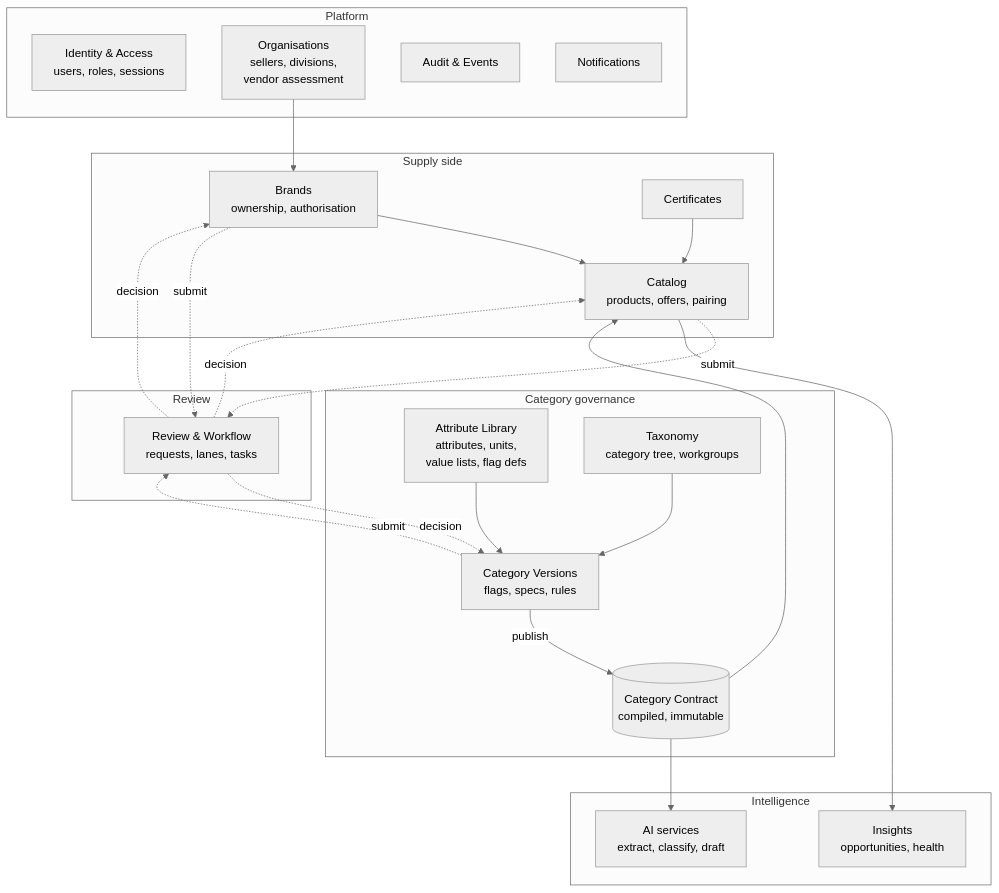
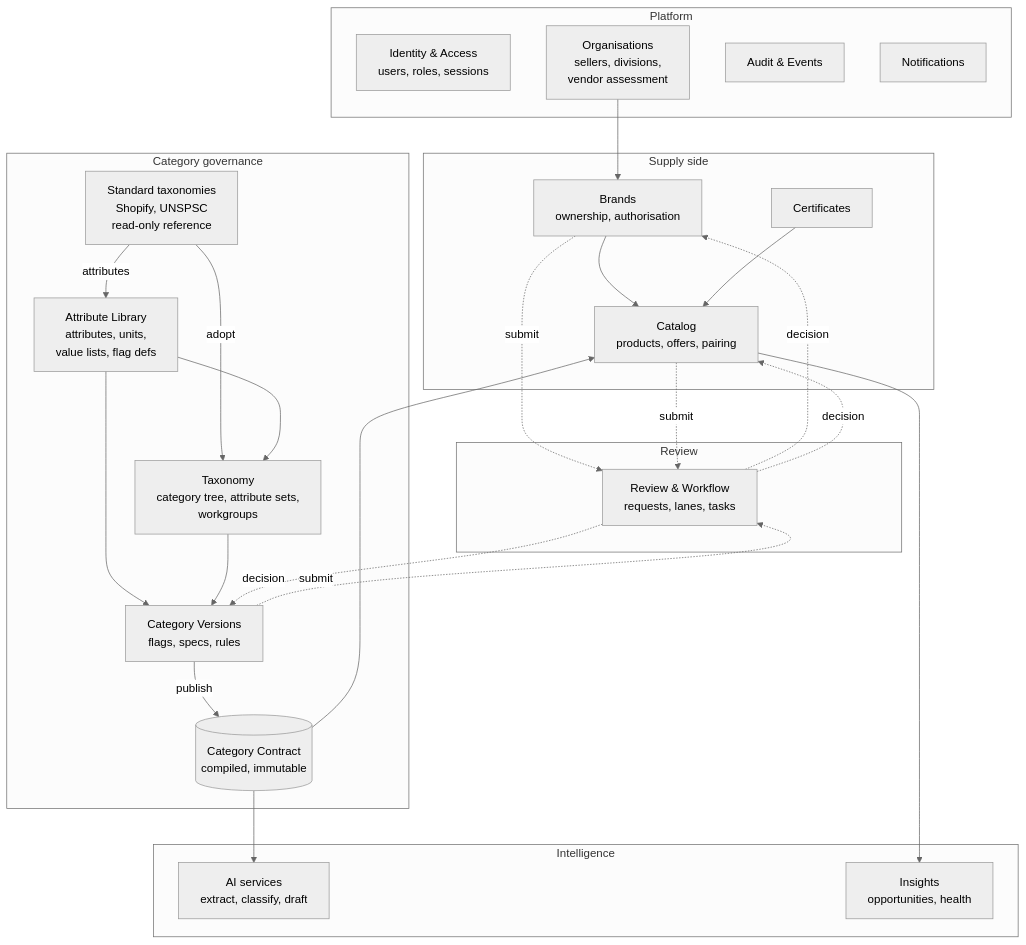
One commit to anuragsinghv25-lab/my-own-marketplace changed the first of 3 diagrams in docs/architecture/03-domain-model.md. Above: the diagram before and after it, drawn with Mermaid (neutral theme). The commit also changed other lines of this file and 88 other files, not shown here.

First line of the commit message:
R1.1: standard taxonomies (Shopify-style tree, Shopify and UNSPSC adoption)

````diff
--- a/docs/architecture/03-domain-model.md
+++ b/docs/architecture/03-domain-model.md
@@ -7,40 +7,44 @@
 ```mermaid
 flowchart TB
   subgraph Platform
     IAM[Identity & Access<br/>users, roles, sessions]
     ORG[Organisations<br/>sellers, divisions,<br/>vendor assessment]
     AUD[Audit & Events]
     NOTIF[Notifications]
   end
   subgraph Governance["Category governance"]
     LIB[Attribute Library<br/>attributes, units,<br/>value lists, flag defs]
-    TAX[Taxonomy<br/>category tree, workgroups]
+    STD[Standard taxonomies<br/>Shopify, UNSPSC<br/>read-only reference]
+    TAX[Taxonomy<br/>category tree, attribute sets,<br/>workgroups]
     CFG[Category Versions<br/>flags, specs, rules]
     CON[(Category Contract<br/>compiled, immutable)]
   end
   subgraph Supply["Supply side"]
     BR[Brands<br/>ownership, authorisation]
     CERT[Certificates]
     CAT[Catalog<br/>products, offers, pairing]
   end
   subgraph Review
     WF[Review & Workflow<br/>requests, lanes, tasks]
   end
   subgraph Intelligence
     AI[AI services<br/>extract, classify, draft]
     INS[Insights<br/>opportunities, health]
   end
+  STD -- adopt --> TAX
+  STD -- attributes --> LIB
+  LIB --> TAX
   LIB --> CFG
   TAX --> CFG
   CFG -- publish --> CON
   CON --> CAT
   CON --> AI
   BR --> CAT
   CERT --> CAT
   ORG --> BR
   CFG -. submit .-> WF
   BR -. submit .-> WF
   CAT -. submit .-> WF
   WF -. decision .-> CFG & BR & CAT
   CAT --> INS
 ```
````
